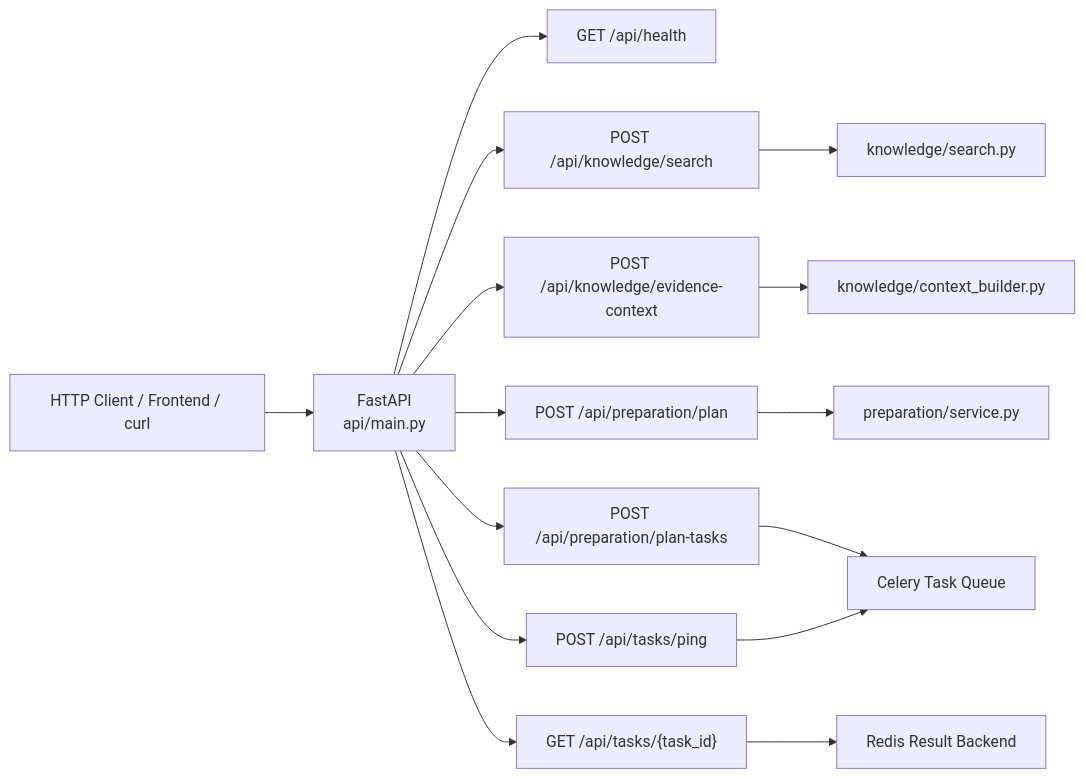
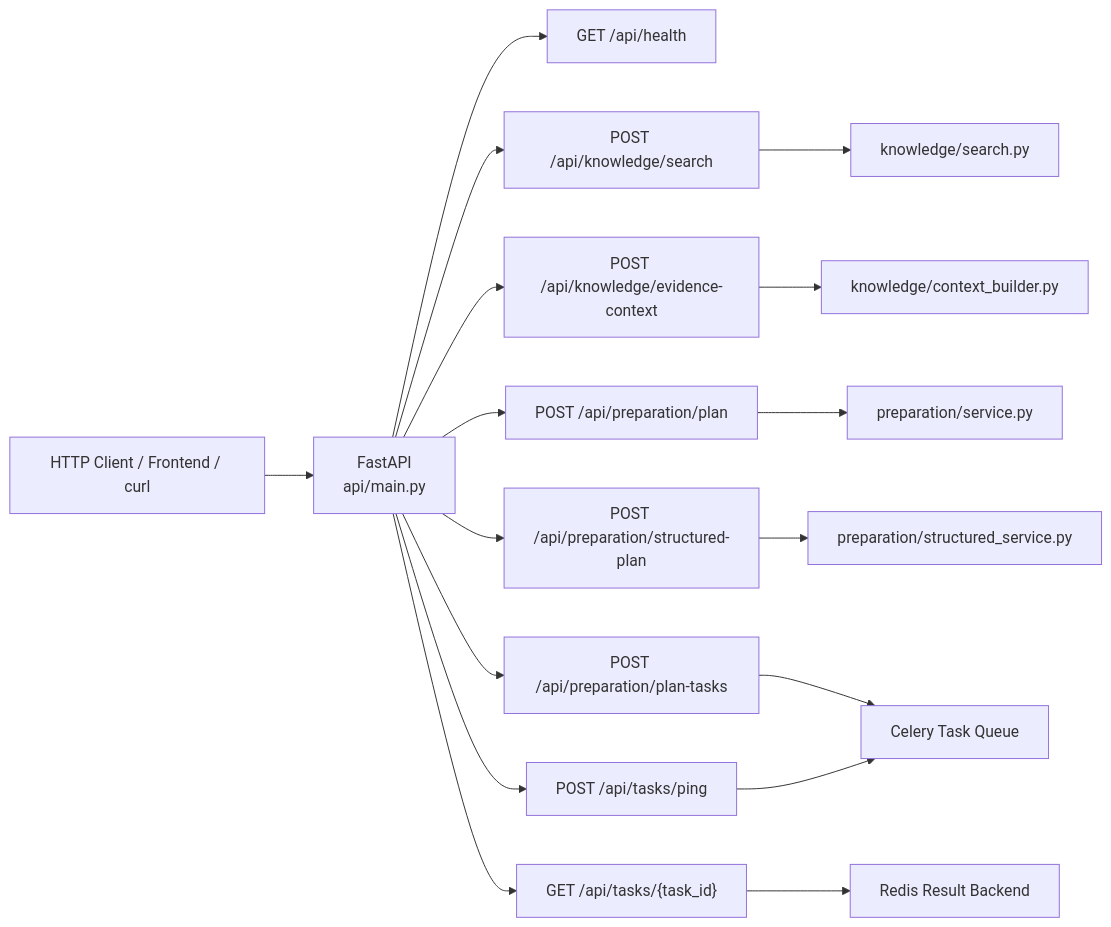
One commit to lingyu2023gla-star/interviewace changed the sixth of 10 diagrams in docs/architecture.md. Above: the diagram before and after it, drawn with Mermaid. The commit also changed other lines of this file and 13 other files, not shown here.

Commit message:
feat: add structured preparation plan output

````diff
--- a/docs/architecture.md
+++ b/docs/architecture.md
@@ -139,19 +174,21 @@
 ```mermaid
 flowchart LR
     Client["HTTP Client / Frontend / curl"] --> API["FastAPI<br/>api/main.py"]
 
     API --> Health["GET /api/health"]
     API --> SearchAPI["POST /api/knowledge/search"]
     API --> EvidenceAPI["POST /api/knowledge/evidence-context"]
     API --> PlanAPI["POST /api/preparation/plan"]
+    API --> StructuredPlanAPI["POST /api/preparation/structured-plan"]
     API --> PlanTaskAPI["POST /api/preparation/plan-tasks"]
     API --> PingAPI["POST /api/tasks/ping"]
     API --> StatusAPI["GET /api/tasks/{task_id}"]
 
     SearchAPI --> Search["knowledge/search.py"]
     EvidenceAPI --> Context["knowledge/context_builder.py"]
     PlanAPI --> Prep["preparation/service.py"]
+    StructuredPlanAPI --> StructuredPrep["preparation/structured_service.py"]
     PlanTaskAPI --> Celery["Celery Task Queue"]
     PingAPI --> Celery
     StatusAPI --> ResultBackend["Redis Result Backend"]
 ```
````
